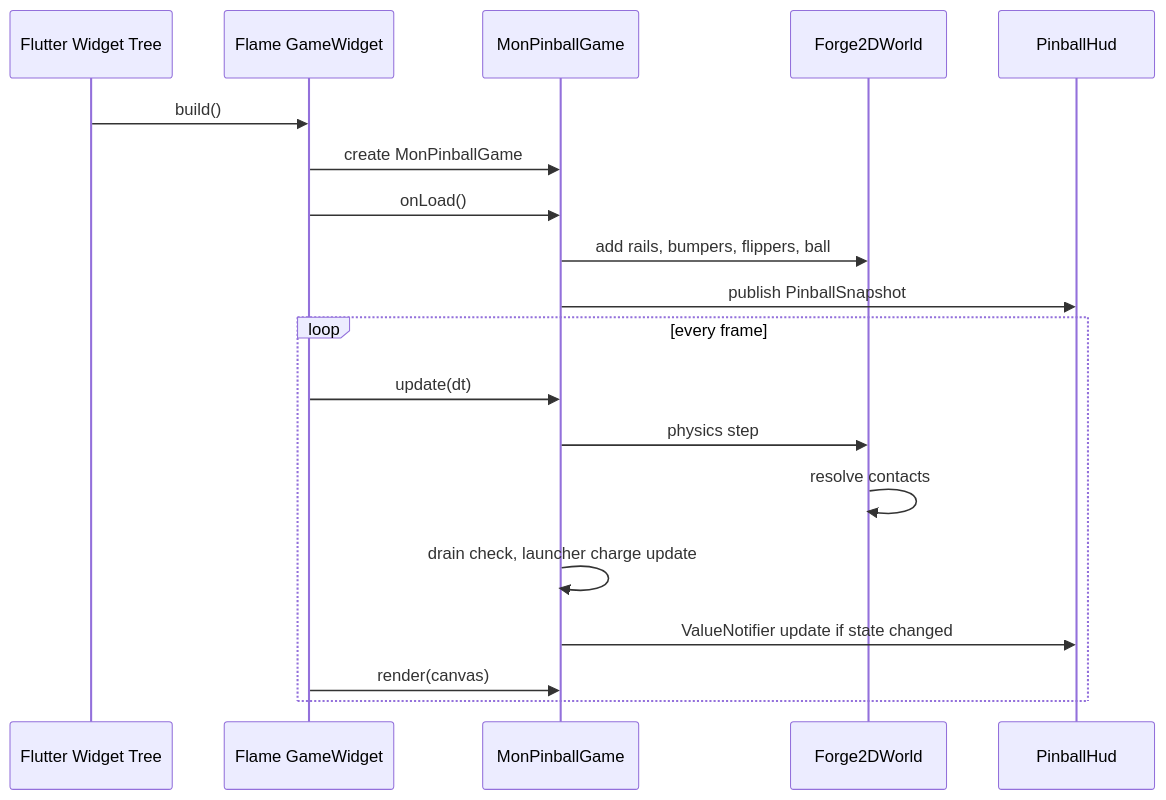
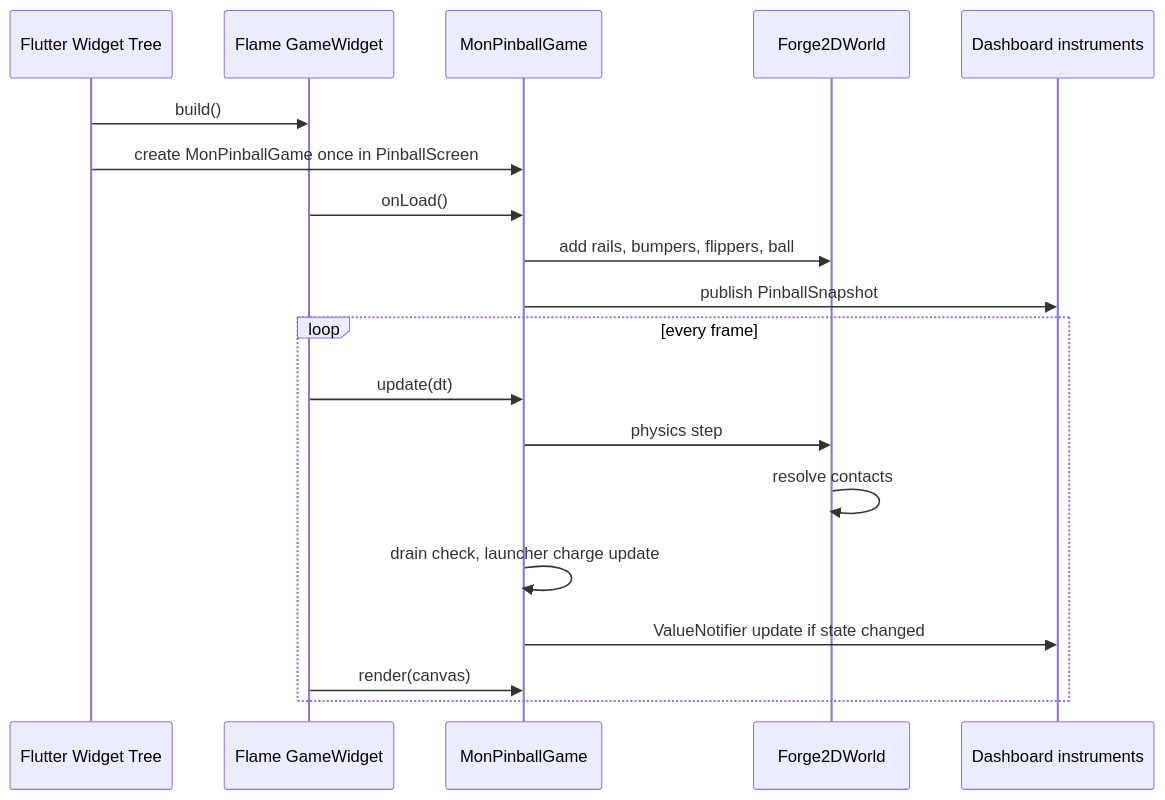
One commit to cassiadev/mon_pinball changed the second of 7 diagrams in README.md. Above: the diagram before and after it, drawn with Mermaid. The commit also changed other lines of this file and 1 other file, not shown here.

````diff
--- a/README.md
+++ b/README.md
@@ -115,23 +197,23 @@
 ```mermaid
 sequenceDiagram
   participant Flutter as Flutter Widget Tree
   participant GameWidget as Flame GameWidget
   participant Game as MonPinballGame
   participant World as Forge2DWorld
-  participant HUD as PinballHud
+  participant HUD as Dashboard instruments
 
   Flutter->>GameWidget: build()
-  GameWidget->>Game: create MonPinballGame
+  Flutter->>Game: create MonPinballGame once in PinballScreen
   GameWidget->>Game: onLoad()
   Game->>World: add rails, bumpers, flippers, ball
   Game->>HUD: publish PinballSnapshot
 
   loop every frame
     GameWidget->>Game: update(dt)
     Game->>World: physics step
     World->>World: resolve contacts
     Game->>Game: drain check, launcher charge update
     Game->>HUD: ValueNotifier update if state changed
     GameWidget->>Game: render(canvas)
   end
 ```
````
